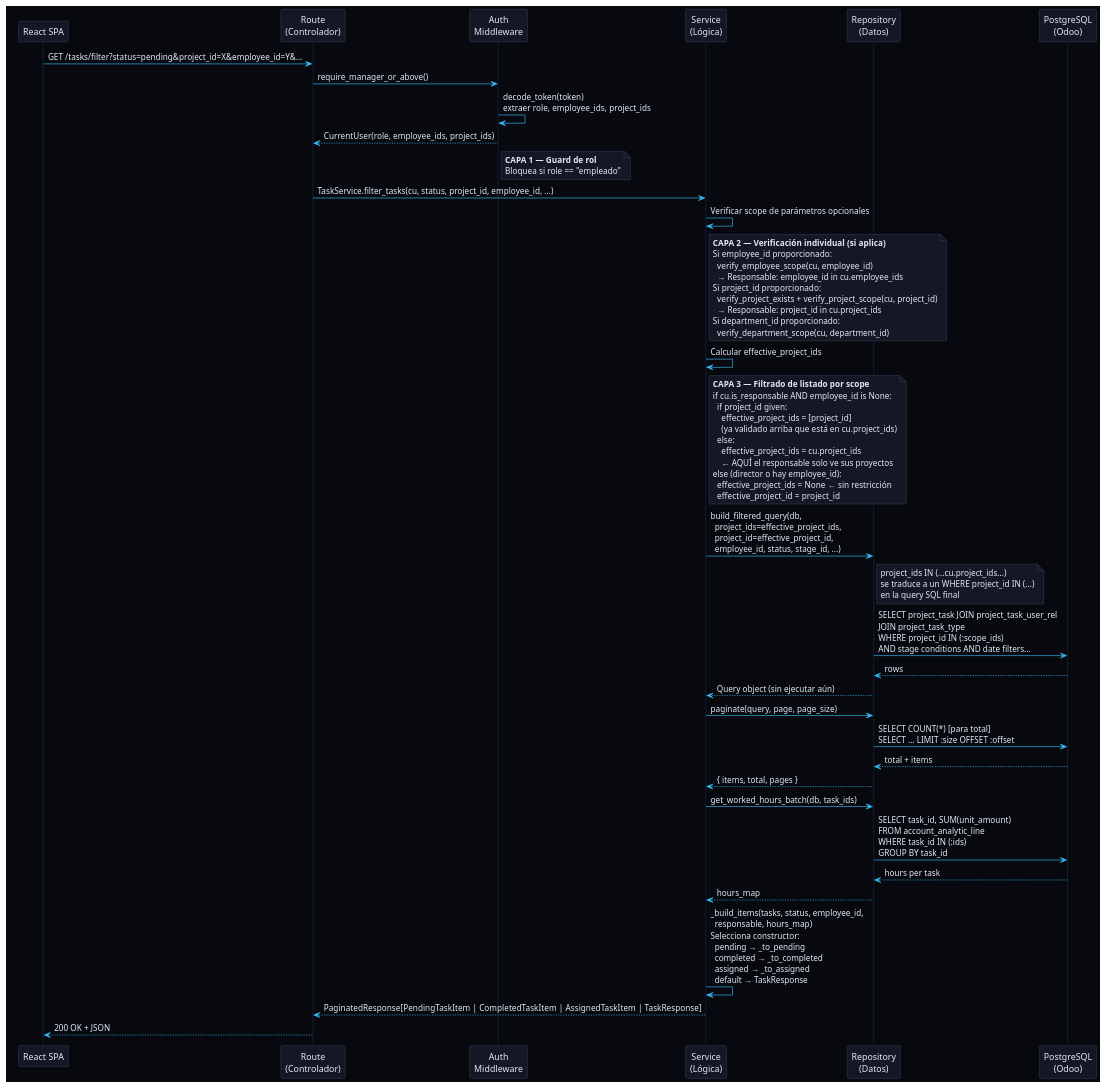
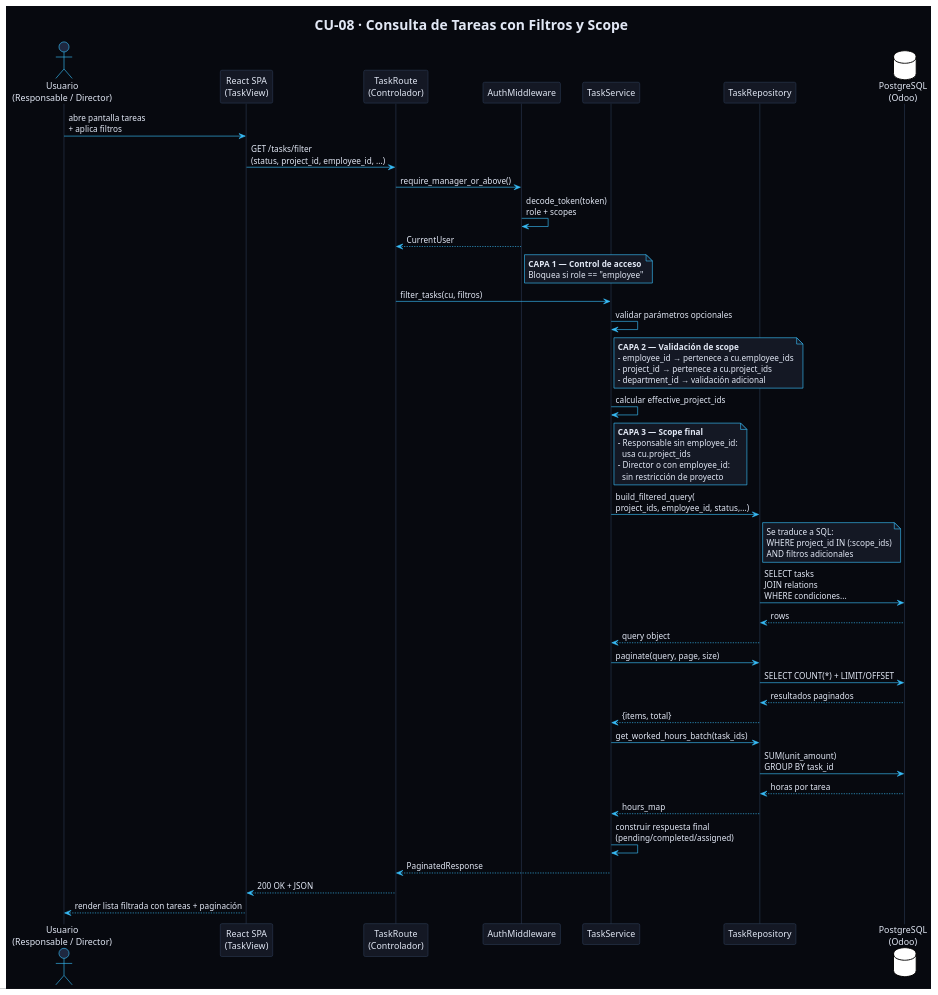
One commit to Jorgeog25/GII-TFG-2026 changed the diagram in Estudiantes/cesar-garcia-eguiguren/Capítulo-3/diagramas/CdU/CU-08.puml. Above: the diagram before and after it, drawn with PlantUML. The commit also changed 22 other files, not shown here.

Commit message:
acrualización del capítulo 3 (diagramas + documentación)

```diff
--- a/Estudiantes/cesar-garcia-eguiguren/Capítulo-3/diagramas/CdU/CU-08.puml
+++ b/Estudiantes/cesar-garcia-eguiguren/Capítulo-3/diagramas/CdU/CU-08.puml
@@ -1,88 +1,92 @@
-@startuml secuencia_cu08
+@startuml CU-08_Tareas_Filtradas
 !theme plain
 skinparam backgroundColor #07090F
-skinparam sequenceArrowColor #38BDF8
+skinparam defaultFontColor #E2E8F5
+skinparam ArrowColor #38BDF8
 skinparam sequenceParticipantBackgroundColor #141824
 skinparam sequenceParticipantBorderColor #2A3850
-skinparam sequenceLifeLineBorderColor #1E2840
-skinparam noteBorderColor #2A3850
+skinparam sequenceParticipantFontColor #E2E8F5
+skinparam sequenceActorBackgroundColor #1E2840
+skinparam sequenceActorBorderColor #38BDF8
+skinparam sequenceLifeLineBorderColor #2A3850
 skinparam noteBackgroundColor #141824
-skinparam noteFontColor #E2E8F5
-skinparam defaultFontColor #E2E8F5
+skinparam noteBorderColor #38BDF8
 skinparam sequenceGroupBackgroundColor #0D1018
 skinparam sequenceGroupBorderColor #2A3850
 skinparam sequenceGroupFontColor #38BDF8
 skinparam sequenceGroupHeaderFontColor #38BDF8
 skinparam sequenceGroupBodyBackgroundColor #0D1018
 
-participant "React SPA" as FE
-participant "Route\n(Controlador)" as ROUTE
-participant "Auth\nMiddleware" as AUTH
-participant "Service\n(Lógica)" as SVC
-participant "Repository\n(Datos)" as REPO
-participant "PostgreSQL\n(Odoo)" as DB
+title CU-08 · Consulta de Tareas con Filtros y Scope
 
-FE -> ROUTE : GET /tasks/filter?status=pending&project_id=X&employee_id=Y&...
+actor "Usuario\n(Responsable / Director)" as U
+participant "React SPA\n(TaskView)" as FE
+participant "TaskRoute\n(Controlador)" as ROUTE
+participant "AuthMiddleware" as AUTH
+participant "TaskService" as SVC
+participant "TaskRepository" as REPO
+database "PostgreSQL\n(Odoo)" as DB
+
+U -> FE : abre pantalla tareas\n+ aplica filtros
+FE -> ROUTE : GET /tasks/filter\n(status, project_id, employee_id, ...)
+
 ROUTE -> AUTH : require_manager_or_above()
-AUTH -> AUTH : decode_token(token)\nextraer role, employee_ids, project_ids
-AUTH --> ROUTE : CurrentUser(role, employee_ids, project_ids)
+AUTH -> AUTH : decode_token(token)\nrole + scopes
+AUTH --> ROUTE : CurrentUser
+
 note right of AUTH
-  **CAPA 1 — Guard de rol**
-  Bloquea si role == "empleado"
+**CAPA 1 — Control de acceso**
+Bloquea si role == "employee"
 end note
 
-ROUTE -> SVC : TaskService.filter_tasks(cu, status, project_id, employee_id, ...)
+ROUTE -> SVC : filter_tasks(cu, filtros)
 
-SVC -> SVC : Verificar scope de parámetros opcionales
+SVC -> SVC : validar parámetros opcionales
+
 note right of SVC
-  **CAPA 2 — Verificación individual (si aplica)**
-  Si employee_id proporcionado:
-    verify_employee_scope(cu, employee_id)
-    → Responsable: employee_id in cu.employee_ids
-  Si project_id proporcionado:
-    verify_project_exists + verify_project_scope(cu, project_id)
-    → Responsable: project_id in cu.project_ids
-  Si department_id proporcionado:
-    verify_department_scope(cu, department_id)
+**CAPA 2 — Validación de scope**
+- employee_id → pertenece a cu.employee_ids
+- project_id → pertenece a cu.project_ids
+- department_id → validación adicional
 end note
 
-SVC -> SVC : Calcular effective_project_ids
+SVC -> SVC : calcular effective_project_ids
+
 note right of SVC
-  **CAPA 3 — Filtrado de listado por scope**
-  if cu.is_responsable AND employee_id is None:
-    if project_id given:
-      effective_project_ids = [project_id]
-      (ya validado arriba que está en cu.project_ids)
-    else:
-      effective_project_ids = cu.project_ids
-      ← AQUÍ el responsable solo ve sus proyectos
-  else (director o hay employee_id):
-    effective_project_ids = None  ← sin restricción
-    effective_project_id  = project_id
+**CAPA 3 — Scope final**
+- Responsable sin employee_id:
+  usa cu.project_ids
+- Director o con employee_id:
+  sin restricción de proyecto
 end note
 
-SVC -> REPO : build_filtered_query(db,\n  project_ids=effective_project_ids,\n  project_id=effective_project_id,\n  employee_id, status, stage_id, ...)
+SVC -> REPO : build_filtered_query(\nproject_ids, employee_id, status,...)
+
 note right of REPO
-  project_ids IN (...cu.project_ids...)
-  se traduce a un WHERE project_id IN (...)
-  en la query SQL final
+Se traduce a SQL:
+WHERE project_id IN (:scope_ids)
+AND filtros adicionales
 end note
-REPO -> DB : SELECT project_task JOIN project_task_user_rel\nJOIN project_task_type\nWHERE project_id IN (:scope_ids)\nAND stage conditions AND date filters...
+
+REPO -> DB : SELECT tasks\nJOIN relations\nWHERE condiciones...
+
 DB --> REPO : rows
-REPO --> SVC : Query object (sin ejecutar aún)
+REPO --> SVC : query object
 
-SVC -> REPO : paginate(query, page, page_size)
-REPO -> DB : SELECT COUNT(*) [para total]\nSELECT ... LIMIT :size OFFSET :offset
-DB --> REPO : total + items
-REPO --> SVC : { items, total, pages }
+SVC -> REPO : paginate(query, page, size)
+REPO -> DB : SELECT COUNT(*) + LIMIT/OFFSET
+DB --> REPO : resultados paginados
+REPO --> SVC : {items, total}
 
-SVC -> REPO : get_worked_hours_batch(db, task_ids)
-REPO -> DB : SELECT task_id, SUM(unit_amount)\nFROM account_analytic_line\nWHERE task_id IN (:ids)\nGROUP BY task_id
-DB --> REPO : hours per task
+SVC -> REPO : get_worked_hours_batch(task_ids)
+REPO -> DB : SUM(unit_amount)\nGROUP BY task_id
+DB --> REPO : horas por tarea
 REPO --> SVC : hours_map
 
-SVC -> SVC : _build_items(tasks, status, employee_id,\n  responsable, hours_map)\nSelecciona constructor:\n  pending → _to_pending\n  completed → _to_completed\n  assigned → _to_assigned\n  default → TaskResponse
+SVC -> SVC : construir respuesta final\n(pending/completed/assigned)
 
-SVC --> ROUTE : PaginatedResponse[PendingTaskItem | CompletedTaskItem | AssignedTaskItem | TaskResponse]
+SVC --> ROUTE : PaginatedResponse
 ROUTE --> FE : 200 OK + JSON
+FE --> U : render lista filtrada con tareas + paginación
+
 @enduml
```
